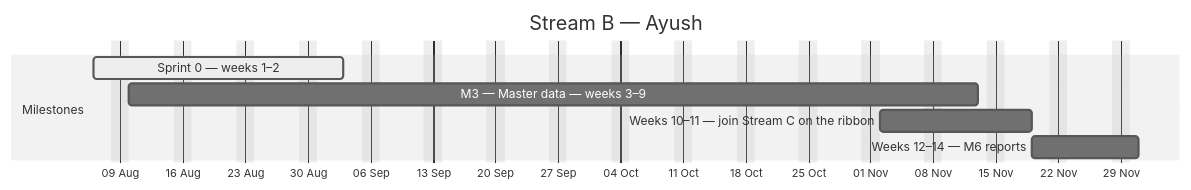
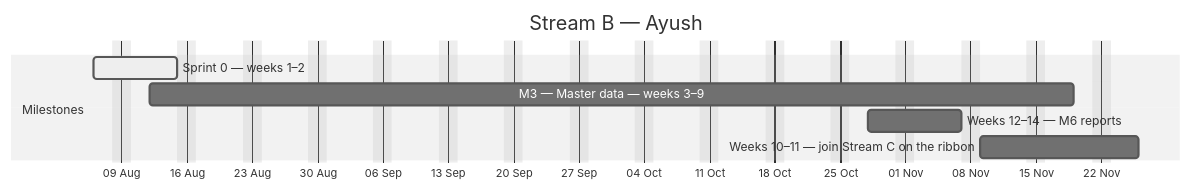
The second of 4 diagrams in docs/plan/GANTT.md (debashisedunext/EduTrack), drawn with Mermaid (neutral theme) before and after one commit. The commit also changed other lines of this file and 2 other files, not shown here.

````diff
--- a/docs/plan/GANTT.md
+++ b/docs/plan/GANTT.md
@@ -144,12 +143,12 @@
 ```mermaid
 gantt
     dateFormat YYYY-MM-DD
     axisFormat %d %b
     title Stream B — Ayush
     excludes weekends
     section Milestones
-    Sprint 0 — weeks 1–2 :active, b0, 2026-08-06, 20d
-    M3 — Master data — weeks 3–9 :b1, 2026-08-10, 69d
-    Weeks 10–11 — join Stream C on the ribbon :b2, 2026-11-02, 13d
-    Weeks 12–14 — M6 reports :b3, 2026-11-19, 8d
+    Sprint 0 — weeks 1–2 :active, b0, 2026-08-06, 7d
+    M3 — Master data — weeks 3–9 :b1, 2026-08-12, 71d
+    Weeks 12–14 — M6 reports :b2, 2026-10-28, 8d
+    Weeks 10–11 — join Stream C on the ribbon :b3, 2026-11-09, 13d
 ```
````
